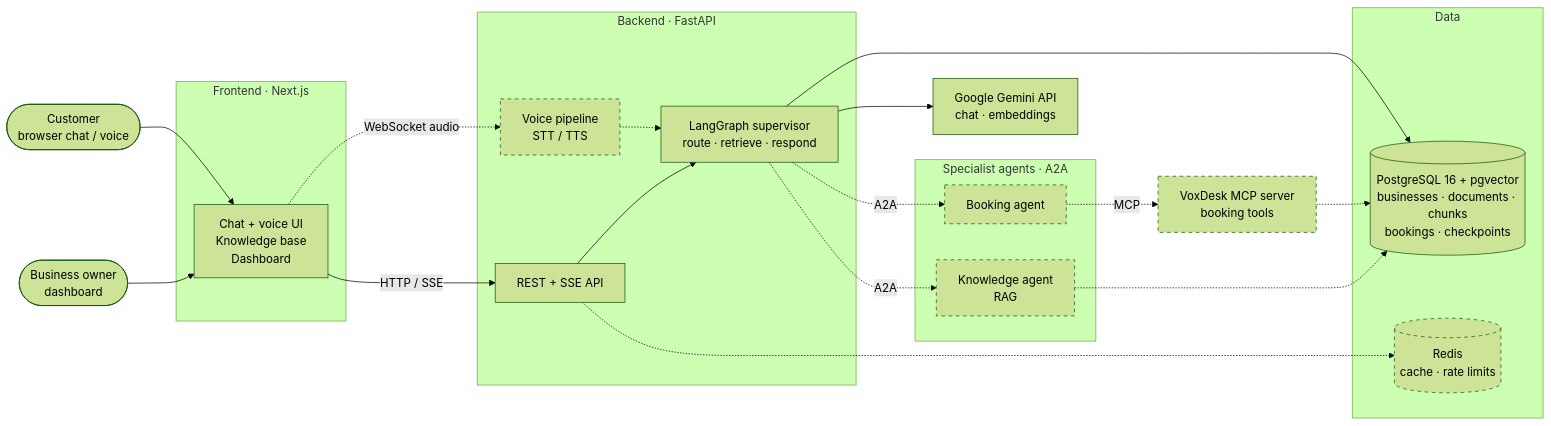
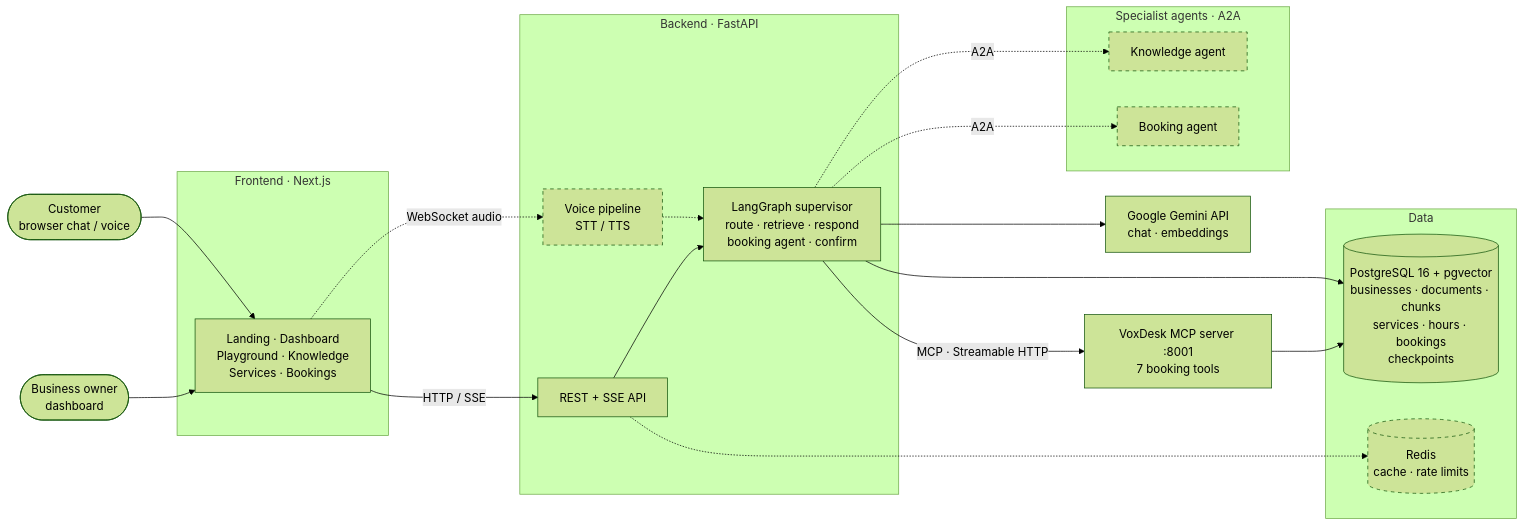
One commit to yash6388/voxdesk changed the first of 8 diagrams in docs/ARCHITECTURE.md. Above: the diagram before and after it, drawn with Mermaid (forest theme). The commit also changed other lines of this file and 50 other files, not shown here.

Commit message:
feat: MCP booking server, booking agent with human-in-the-loop

````diff
--- a/docs/ARCHITECTURE.md
+++ b/docs/ARCHITECTURE.md
@@ -14,47 +15,46 @@
 ```mermaid
 flowchart LR
     customer(["Customer<br/>browser chat / voice"])
     owner(["Business owner<br/>dashboard"])
 
     subgraph FE["Frontend · Next.js"]
-        ui["Chat + voice UI<br/>Knowledge base<br/>Dashboard"]
+        ui["Landing · Dashboard<br/>Playground · Knowledge<br/>Services · Bookings"]
     end
 
     subgraph BE["Backend · FastAPI"]
         api["REST + SSE API"]
         voice["Voice pipeline<br/>STT / TTS"]
-        sup["LangGraph supervisor<br/>route · retrieve · respond"]
+        sup["LangGraph supervisor<br/>route · retrieve · respond<br/>booking agent · confirm"]
     end
 
     subgraph AG["Specialist agents · A2A"]
-        ka["Knowledge agent<br/>RAG"]
+        ka["Knowledge agent"]
         ba["Booking agent"]
     end
 
-    mcp["VoxDesk MCP server<br/>booking tools"]
+    mcp["VoxDesk MCP server :8001<br/>7 booking tools"]
 
     subgraph DATA["Data"]
-        pg[("PostgreSQL 16 + pgvector<br/>businesses · documents · chunks<br/>bookings · checkpoints")]
+        pg[("PostgreSQL 16 + pgvector<br/>businesses · documents · chunks<br/>services · hours · bookings<br/>checkpoints")]
         redis[("Redis<br/>cache · rate limits")]
     end
 
     gemini["Google Gemini API<br/>chat · embeddings"]
 
     customer --> ui
     owner --> ui
     ui -- "HTTP / SSE" --> api
     ui -. "WebSocket audio" .-> voice
     voice -.-> sup
     api --> sup
     sup --> pg
     sup --> gemini
+    sup -- "MCP · Streamable HTTP" --> mcp
+    mcp --> pg
     sup -. "A2A" .-> ka
     sup -. "A2A" .-> ba
-    ba -. "MCP" .-> mcp
-    mcp -.-> pg
-    ka -.-> pg
     api -.-> redis
 
     classDef planned stroke-dasharray: 5 5
-    class voice,ka,ba,mcp,redis planned
+    class voice,ka,ba,redis planned
 ```
````
